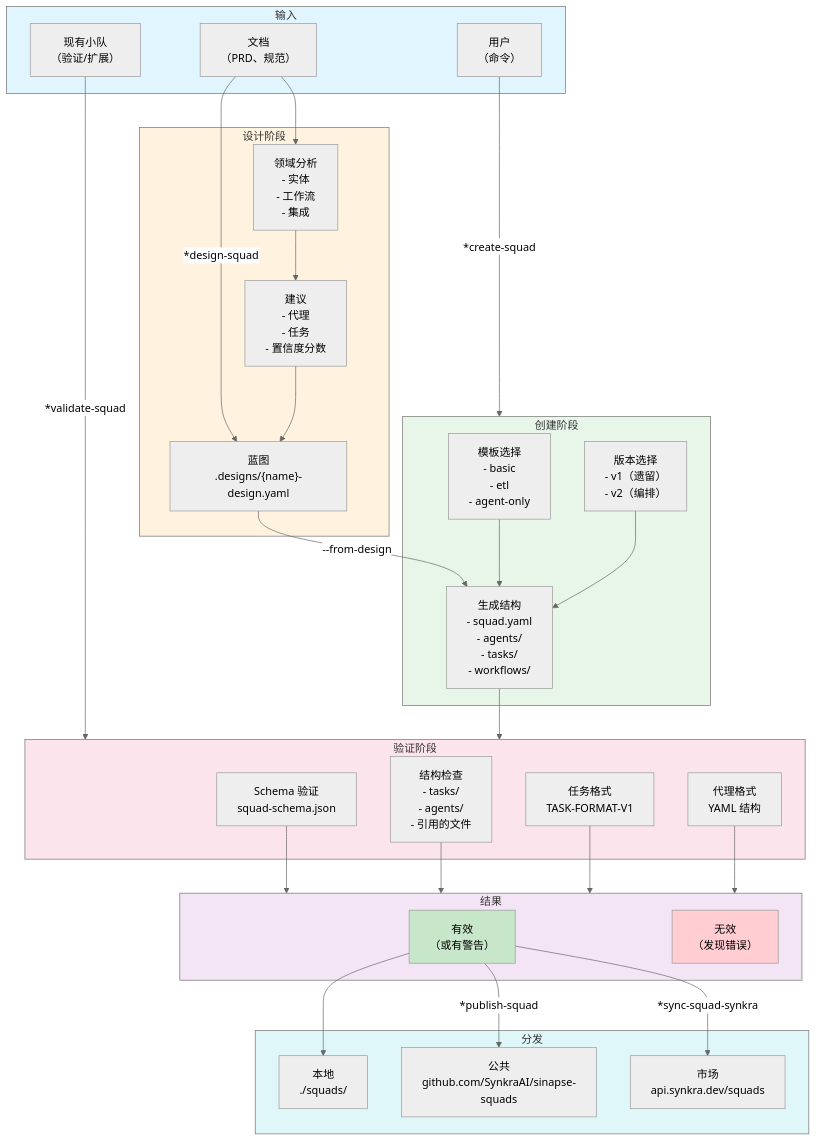
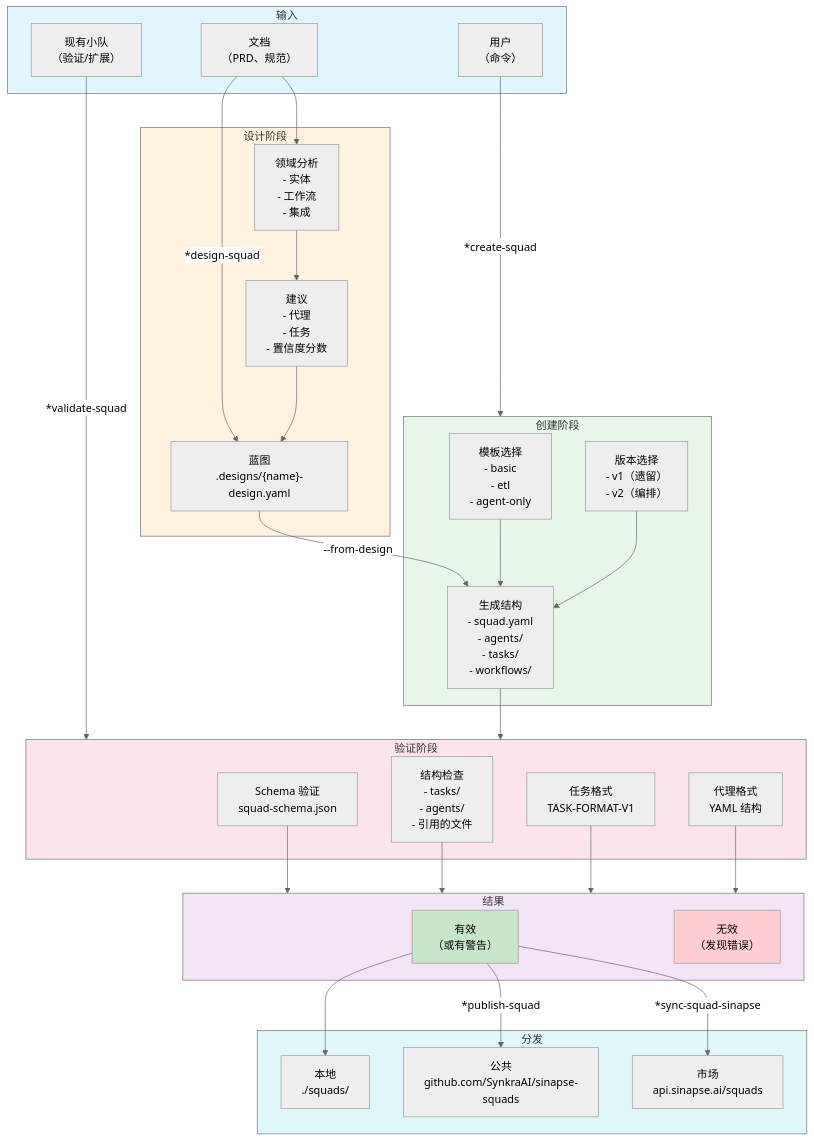
Before and after one commit to caioimori/sinapse-ai: the first of 6 diagrams in docs/zh/sinapse-agent-flows/squad-creator-system.md, drawn with Mermaid (neutral theme). The commit also changed other lines of this file and 166 other files, not shown here.

First line of the commit message:
feat: merge completo — 17 squads + framework unificado SINAPSE

````diff
--- a/docs/zh/sinapse-agent-flows/squad-creator-system.md
+++ b/docs/zh/sinapse-agent-flows/squad-creator-system.md
@@ -113,69 +113,69 @@
 ```mermaid
 flowchart TB
     subgraph INPUTS["输入"]
         DOCS["文档<br/>（PRD、规范）"]
         USER["用户<br/>（命令）"]
         EXISTING["现有小队<br/>（验证/扩展）"]
     end
 
     DOCS -->|"*design-squad"| BLUEPRINT
     USER -->|"*create-squad"| CREATE
     EXISTING -->|"*validate-squad"| VALIDATE
 
     subgraph DESIGN["设计阶段"]
         BLUEPRINT["蓝图<br/>.designs/{name}-design.yaml"]
         ANALYSIS["领域分析<br/>- 实体<br/>- 工作流<br/>- 集成"]
         RECOMMEND["建议<br/>- 代理<br/>- 任务<br/>- 置信度分数"]
     end
 
     DOCS --> ANALYSIS
     ANALYSIS --> RECOMMEND
     RECOMMEND --> BLUEPRINT
 
     subgraph CREATE["创建阶段"]
         TEMPLATE["模板选择<br/>- basic<br/>- etl<br/>- agent-only"]
         VERSION["版本选择<br/>- v1（遗留）<br/>- v2（编排）"]
         GENERATE["生成结构<br/>- squad.yaml<br/>- agents/<br/>- tasks/<br/>- workflows/"]
     end
 
     BLUEPRINT -->|"--from-design"| GENERATE
     TEMPLATE --> GENERATE
     VERSION --> GENERATE
 
     subgraph VALIDATE["验证阶段"]
         SCHEMA["Schema 验证<br/>squad-schema.json"]
         STRUCTURE["结构检查<br/>- tasks/<br/>- agents/<br/>- 引用的文件"]
         TASK_FMT["任务格式<br/>TASK-FORMAT-V1"]
         AGENT_FMT["代理格式<br/>YAML 结构"]
     end
 
     GENERATE --> VALIDATE
     SCHEMA --> RESULT
     STRUCTURE --> RESULT
     TASK_FMT --> RESULT
     AGENT_FMT --> RESULT
 
     subgraph RESULT["结果"]
         VALID["有效<br/>（或有警告）"]
         INVALID["无效<br/>（发现错误）"]
     end
 
     subgraph DISTRIBUTE["分发"]
         LOCAL["本地<br/>./squads/"]
         PUBLIC["公共<br/>github.com/SynkraAI/sinapse-squads"]
-        MARKET["市场<br/>api.synkra.dev/squads"]
+        MARKET["市场<br/>api.sinapse.ai/squads"]
     end
 
     VALID --> LOCAL
     VALID -->|"*publish-squad"| PUBLIC
-    VALID -->|"*sync-squad-synkra"| MARKET
+    VALID -->|"*sync-squad-sinapse"| MARKET
 
     style INPUTS fill:#e1f5fe
     style DESIGN fill:#fff3e0
     style CREATE fill:#e8f5e9
     style VALIDATE fill:#fce4ec
     style RESULT fill:#f3e5f5
     style DISTRIBUTE fill:#e0f7fa
     style VALID fill:#c8e6c9
     style INVALID fill:#ffcdd2
 ```
````
